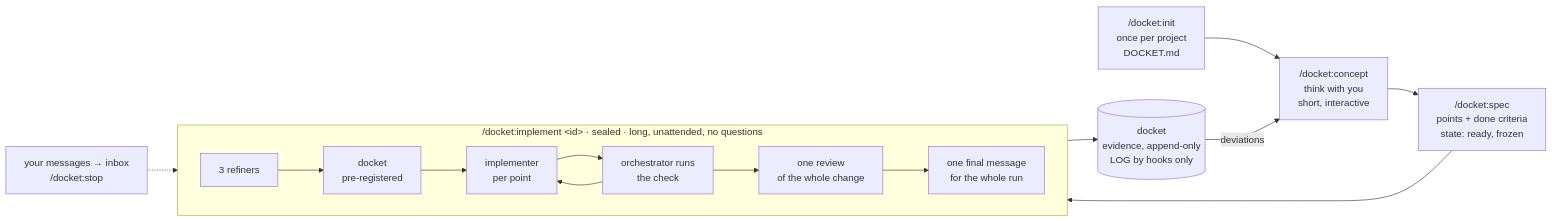
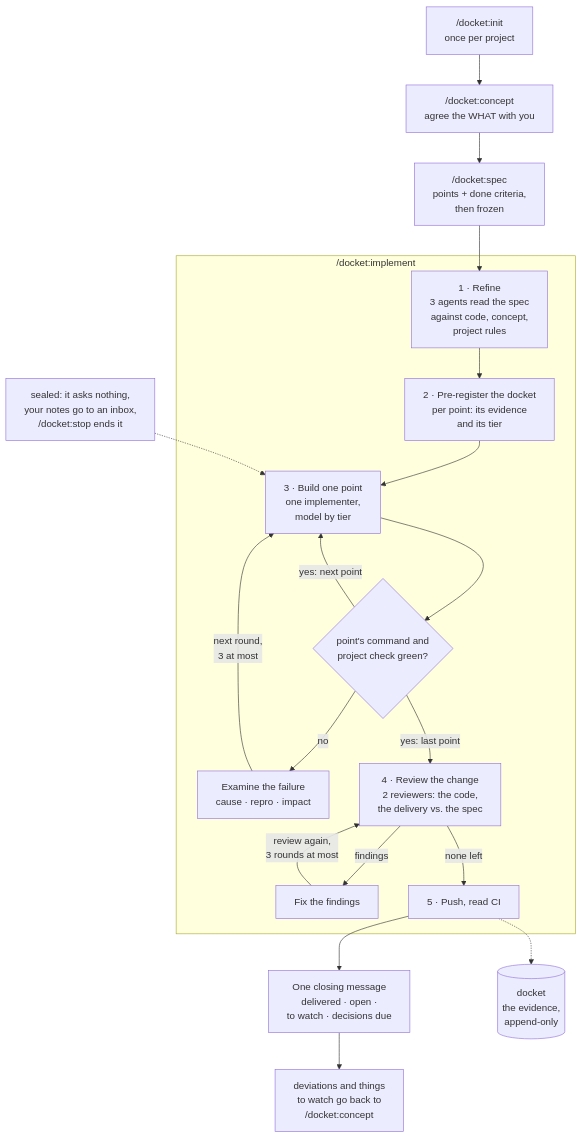
One commit to hwein/docket changed the diagram in README.md. Above: the diagram before and after it, drawn with Mermaid. The commit also changed other lines of this file and 13 other files, not shown here.

Commit message:
docket 0.5.0: two reviewers and a review after every fix; a failure is examined before its next attempt; the model follows the point's tier

````diff
--- a/README.md
+++ b/README.md
@@ -64,19 +64,32 @@
 ```mermaid
-flowchart LR
-    init["/docket:init<br/>once per project<br/>DOCKET.md"]
-    concept["/docket:concept<br/>think with you<br/>short, interactive"]
-    spec["/docket:spec<br/>points + done criteria<br/>state: ready, frozen"]
-    subgraph run ["/docket:implement &lt;id&gt; · sealed · long, unattended, no questions"]
-        direction LR
-        refine["3 refiners"] --> register["docket<br/>pre-registered"]
-        register --> points["implementer<br/>per point"]
-        points --> check["orchestrator runs<br/>the check"]
-        check --> points
-        check --> review["one review<br/>of the whole change"] --> close["one final message<br/>for the whole run"]
+flowchart TD
+    init["/docket:init<br/>once per project"]
+    concept["/docket:concept<br/>agree the WHAT with you"]
+    spec["/docket:spec<br/>points + done criteria,<br/>then frozen"]
+    init --> concept --> spec --> refine
+
+    subgraph run ["/docket:implement"]
+        refine["1 · Refine<br/>3 agents read the spec<br/>against code, concept,<br/>project rules"]
+        register["2 · Pre-register the docket<br/>per point: its evidence<br/>and its tier"]
+        build["3 · Build one point<br/>one implementer,<br/>model by tier"]
+        gate{"point's command and<br/>project check green?"}
+        triage["Examine the failure<br/>cause · repro · impact"]
+        review["4 · Review the change<br/>2 reviewers: the code,<br/>the delivery vs. the spec"]
+        fix["Fix the findings"]
+        push["5 · Push, read CI"]
+
+        refine --> register --> build --> gate
+        gate -- "no" --> triage
+        triage -- "next round,<br/>3 at most" --> build
+        gate -- "yes: next point" --> build
+        gate -- "yes: last point" --> review
+        review -- "findings" --> fix
+        fix -- "review again,<br/>3 rounds at most" --> review
+        review -- "none left" --> push
     end
-    docket[("docket<br/>evidence, append-only<br/>LOG by hooks only")]
-    init --> concept --> spec --> run
-    run --> docket
-    docket -- "deviations" --> concept
-    inbox["your messages → inbox<br/>/docket:stop"] -.-> run
+
+    push --> close["One closing message<br/>delivered · open ·<br/>to watch · decisions due"]
+    push -.-> docket[("docket<br/>the evidence,<br/>append-only")]
+    close --> back["deviations and things<br/>to watch go back to<br/>/docket:concept"]
+    inbox["sealed: it asks nothing,<br/>your notes go to an inbox,<br/>/docket:stop ends it"] -.-> build
 ```
````
